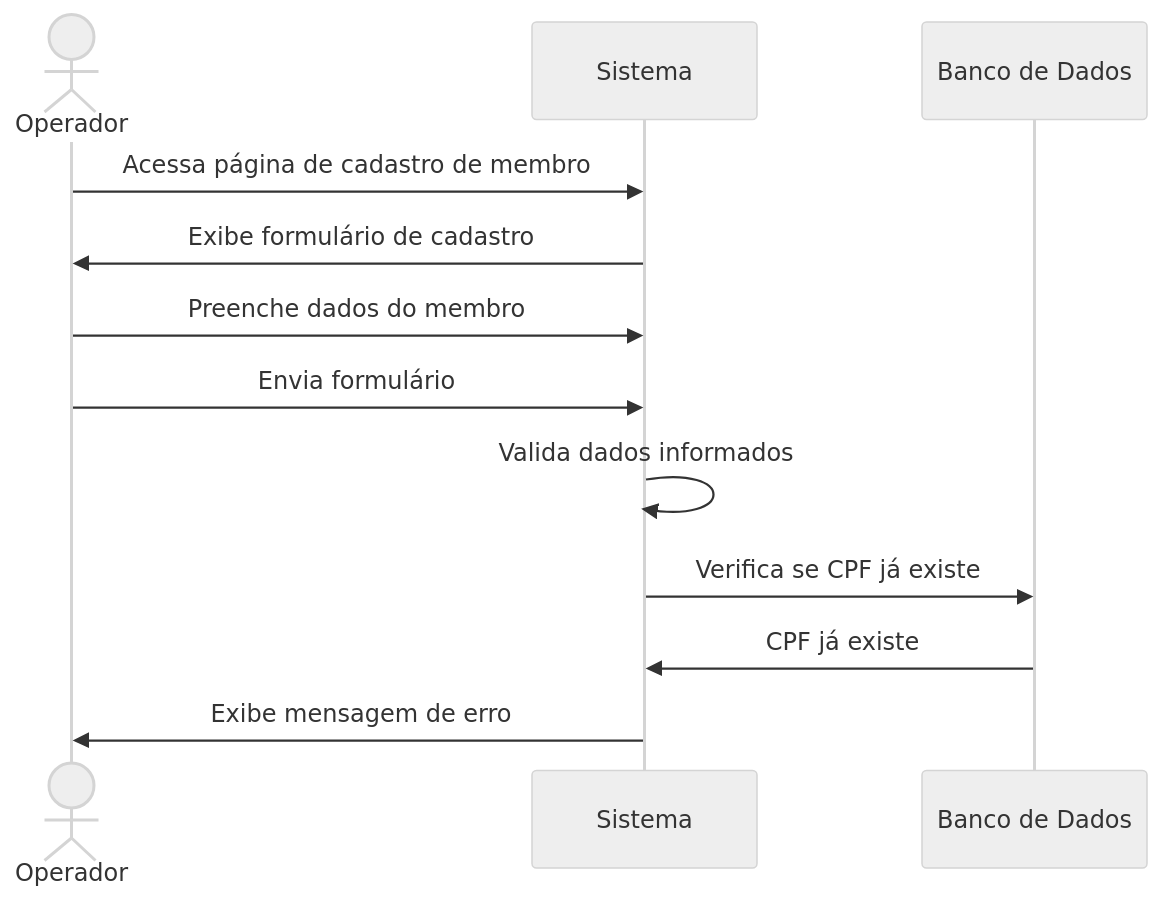
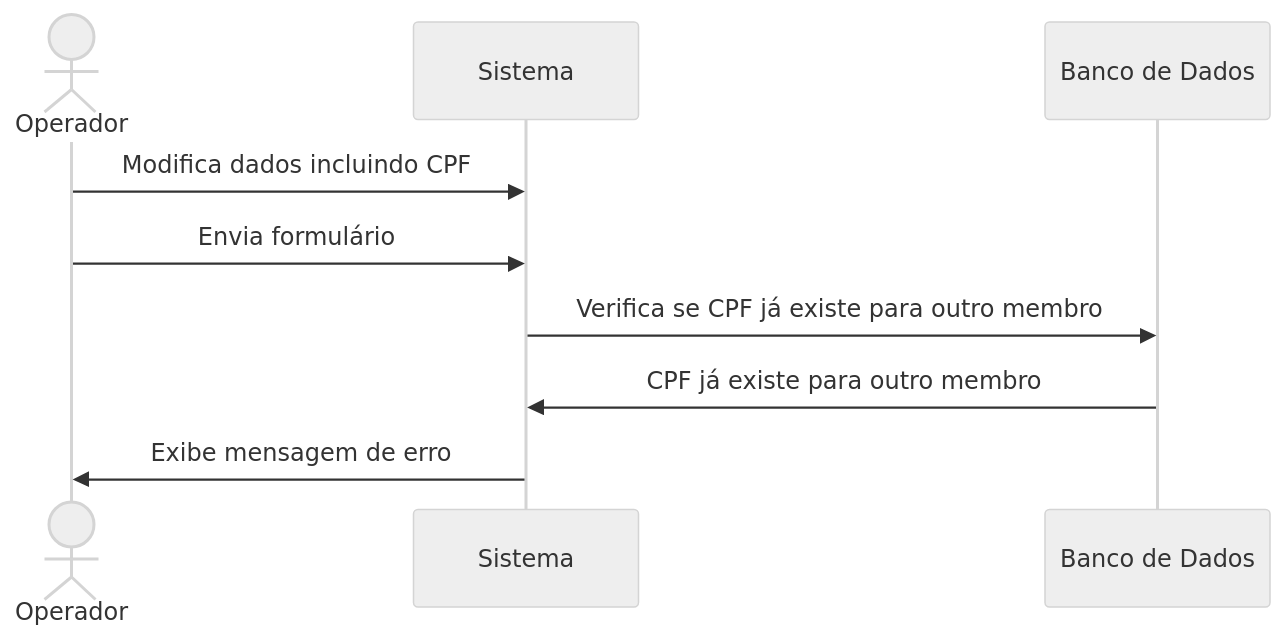
Before and after one commit to Bomsalvez/quilombo-docs: the second of 2 diagrams in Writerside/topics/RF06.md, drawn with Mermaid (neutral theme). The commit also changed other lines of this file and 34 other files, not shown here.

````diff
--- a/Writerside/topics/RF06.md
+++ b/Writerside/topics/RF06.md
@@ -86,15 +91,12 @@
 ```mermaid
 sequenceDiagram
     actor O as Operador
     participant S as Sistema
     participant BD as Banco de Dados
     
-    O->>S: Acessa página de cadastro de membro
-    S->>O: Exibe formulário de cadastro
-    O->>S: Preenche dados do membro
+    O->>S: Modifica dados incluindo CPF
     O->>S: Envia formulário
-    S->>S: Valida dados informados
-    S->>BD: Verifica se CPF já existe
-    BD->>S: CPF já existe
+    S->>BD: Verifica se CPF já existe para outro membro
+    BD->>S: CPF já existe para outro membro
     S->>O: Exibe mensagem de erro
 ```
````
